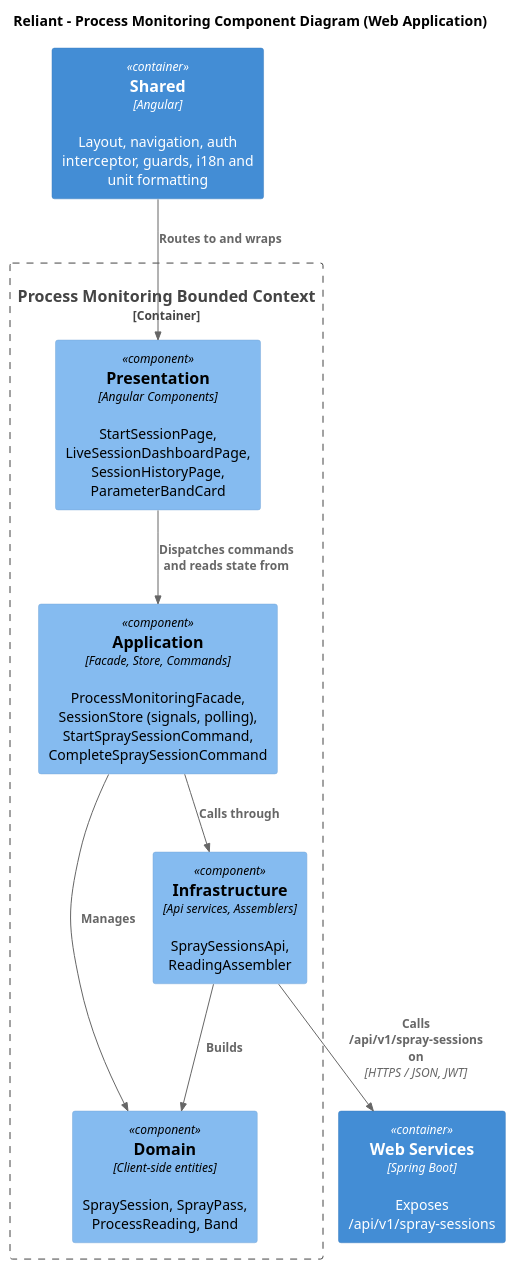
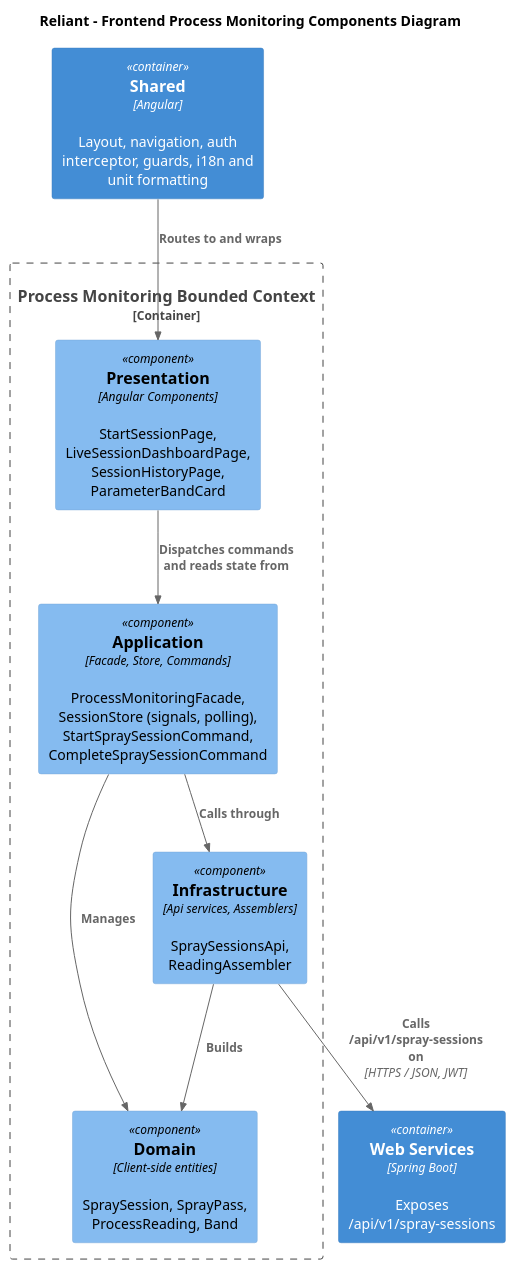
Before and after one commit to upc-pre-202620-1asi0729-7753-innovacorp/reliant-report: the diagram in assets/scripts/chapter-iv/component-diagrams/reliant-c4-components-processmonitoring-web-application.puml, drawn with PlantUML. The commit also changed 61 other files, not shown here.

```diff
--- a/assets/scripts/chapter-iv/component-diagrams/reliant-c4-components-processmonitoring-web-application.puml
+++ b/assets/scripts/chapter-iv/component-diagrams/reliant-c4-components-processmonitoring-web-application.puml
@@ -1,22 +1,22 @@
 @startuml "Components-ProcessMonitoring-Frontend"
 !includeurl https://raw.githubusercontent.com/plantuml-stdlib/C4-PlantUML/master/C4_Component.puml
 
-title Reliant - Process Monitoring Component Diagram (Web Application)
+title Reliant - Frontend Process Monitoring Components Diagram
 
 Container(api, "Web Services", "Spring Boot", "Exposes /api/v1/spray-sessions")
 Container(shared, "Shared", "Angular", "Layout, navigation, auth interceptor, guards, i18n and unit formatting")
 
 Container_Boundary(bc, "Process Monitoring Bounded Context") {
     Component(presentation, "Presentation", "Angular Components", "StartSessionPage, LiveSessionDashboardPage, SessionHistoryPage, ParameterBandCard")
     Component(application, "Application", "Facade, Store, Commands", "ProcessMonitoringFacade, SessionStore (signals, polling), StartSpraySessionCommand, CompleteSpraySessionCommand")
     Component(domain, "Domain", "Client-side entities", "SpraySession, SprayPass, ProcessReading, Band")
     Component(infrastructure, "Infrastructure", "Api services, Assemblers", "SpraySessionsApi, ReadingAssembler")
 }
 
 Rel(shared, presentation, "Routes to and wraps")
 Rel(presentation, application, "Dispatches commands and reads state from")
 Rel(application, domain, "Manages")
 Rel(application, infrastructure, "Calls through")
 Rel(infrastructure, domain, "Builds")
 Rel(infrastructure, api, "Calls /api/v1/spray-sessions on", "HTTPS / JSON, JWT")
 @enduml
```
